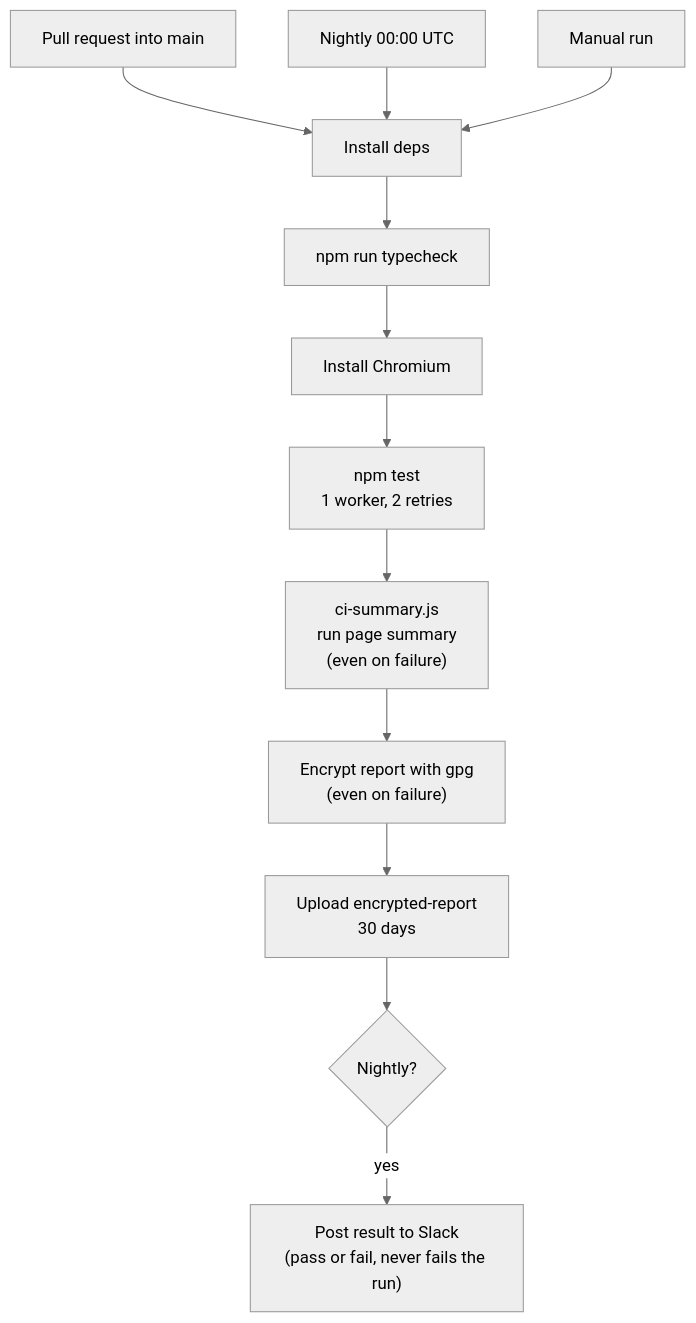
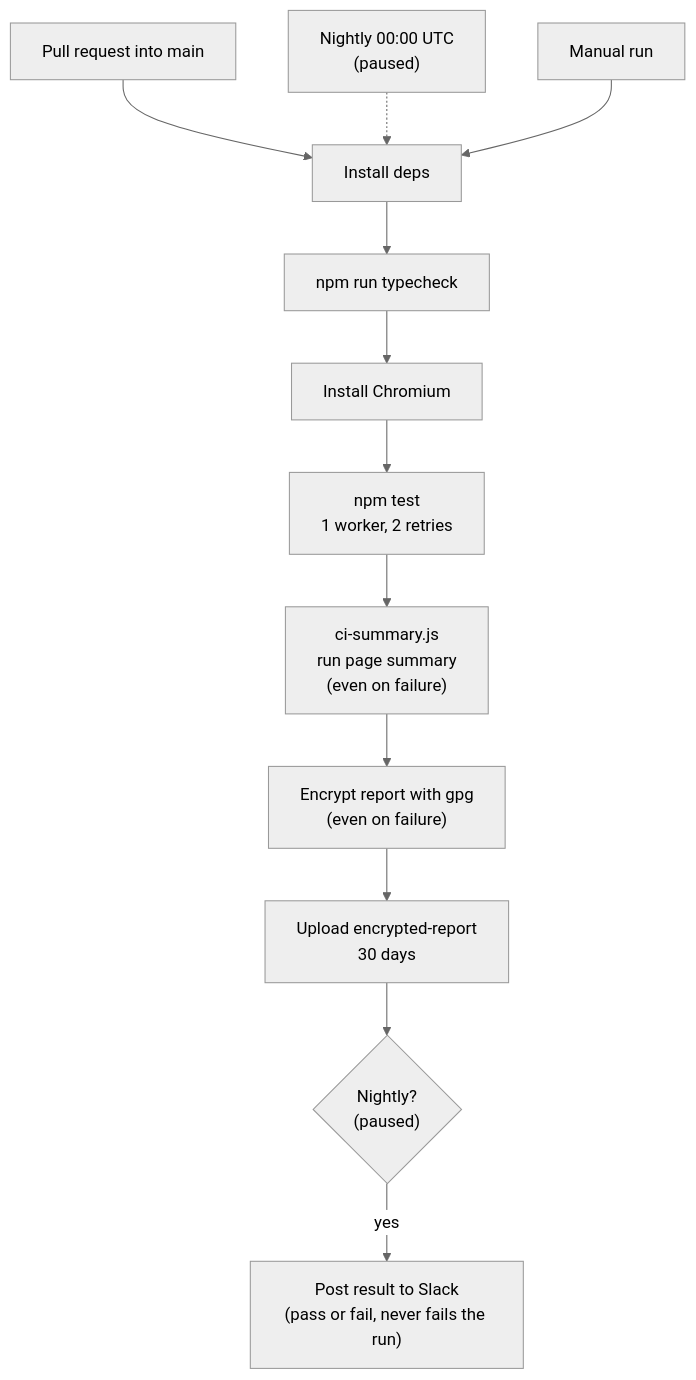
One commit to OlegZhidkov/demowebshop-playwright changed the third of 3 diagrams in README.md. Above: the diagram before and after it, drawn with Mermaid (neutral theme). The commit also changed other lines of this file and 1 other file, not shown here.

Commit message:
chore: pause the nightly run (#30)

````diff
--- a/README.md
+++ b/README.md
@@ -137,13 +137,13 @@
 ```mermaid
 flowchart TD
     T1["Pull request into main"] --> J
-    T2["Nightly 00:00 UTC"] --> J
+    T2["Nightly 00:00 UTC<br/>(paused)"] -.-> J
     T3["Manual run"] --> J
     J["Install deps"] --> TC["npm run typecheck"]
     TC --> PW["Install Chromium"] --> RUN["npm test<br/>1 worker, 2 retries"]
     RUN --> SUM["ci-summary.js<br/>run page summary<br/>(even on failure)"]
     SUM --> ENC["Encrypt report with gpg<br/>(even on failure)"]
     ENC --> UP["Upload encrypted-report<br/>30 days"]
-    UP --> SL{"Nightly?"}
+    UP --> SL{"Nightly?<br/>(paused)"}
     SL -- yes --> SLACK["Post result to Slack<br/>(pass or fail, never fails the run)"]
 ```
````
